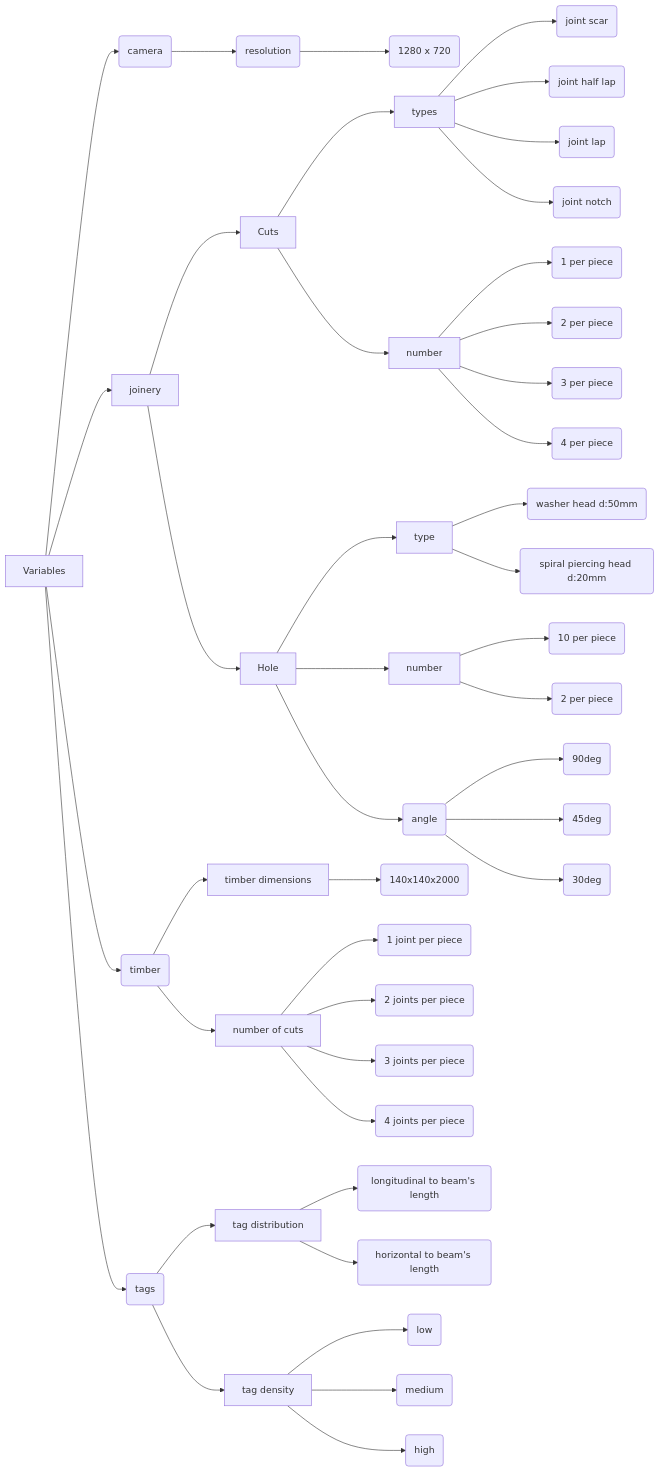
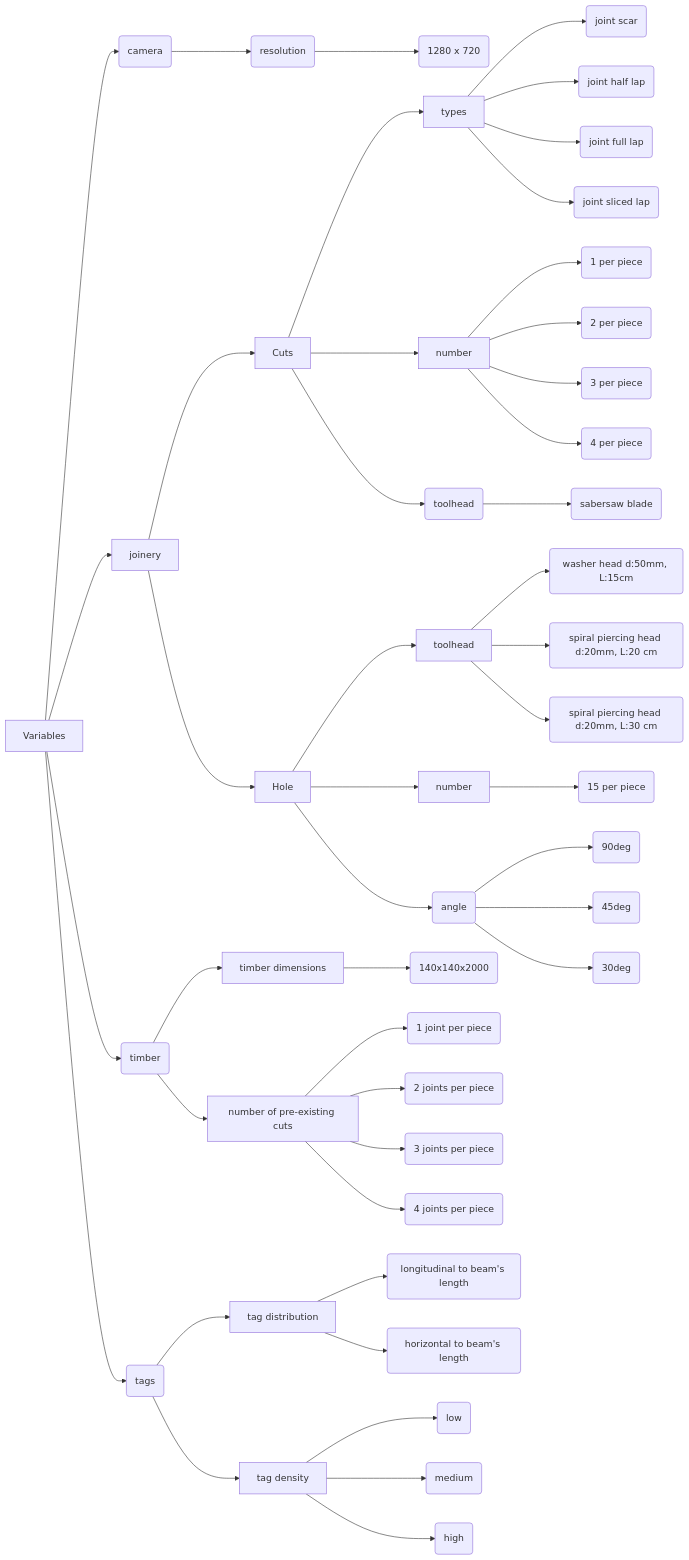
The second of 3 diagrams in eval/readme.md (ibois-epfl/TSlam), drawn with Mermaid before and after one commit. The commit also changed other lines of this file and 3 other files, not shown here.

```diff
--- a/eval/readme.md
+++ b/eval/readme.md
@@ -105,11 +128,14 @@
     Cuts[Cuts]
     Cuts --> CutsT
     Cuts --> CutsNum
+    Cuts --> CutsTH
     CutsT[types]
     CutsT_S(joint scar)
     CutsT_H(joint half lap)
-    CutsT_L(joint lap)
-    CutsT_N(joint notch)
+    CutsT_L(joint full lap)
+    CutsT_N(joint sliced lap)
+    CutsTH(toolhead)
+    CutsTH --> CutsTH_1(sabersaw blade)
     CutsT --> CutsT_S
     CutsT --> CutsT_H
     CutsT --> CutsT_L
@@ -124,12 +150,12 @@
     Hole --> HoleT
     Hole --> HoleN
     Hole --> HoleDeg
-    HoleT[type]
-    HoleT --> HoleT1(washer head d:50mm)
-    HoleT --> HoleT2(spiral piercing head d:20mm)
+    HoleT[toolhead]
+    HoleT --> HoleT1(washer head d:50mm, L:15cm)
+    HoleT --> HoleT2(spiral piercing head d:20mm, L:20 cm)
+    HoleT --> HoleT3(spiral piercing head d:20mm, L:30 cm)
     HoleN[number]
-    HoleN --> HoleN_10(10 per piece)
-    HoleN --> HoleN_2(2 per piece)
+    HoleN --> HoleN_10(15 per piece)
     HoleDeg(angle)
     HoleDeg --> HoleDeg_90(90deg)
     HoleDeg --> HoleDeg_45(45deg)
@@ -145,7 +171,7 @@
     Tdim --> Td1(140x140x2000)
     TNcuts[timber initial number of cuts]
     
-    TNcuts[number of cuts]
+    TNcuts[number of pre-existing cuts]
     TNcuts --> TNcuts_1(1 joint per piece)
     TNcuts --> TNcuts_2(2 joints per piece)
     TNcuts --> TNcuts_3(3 joints per piece)
```
